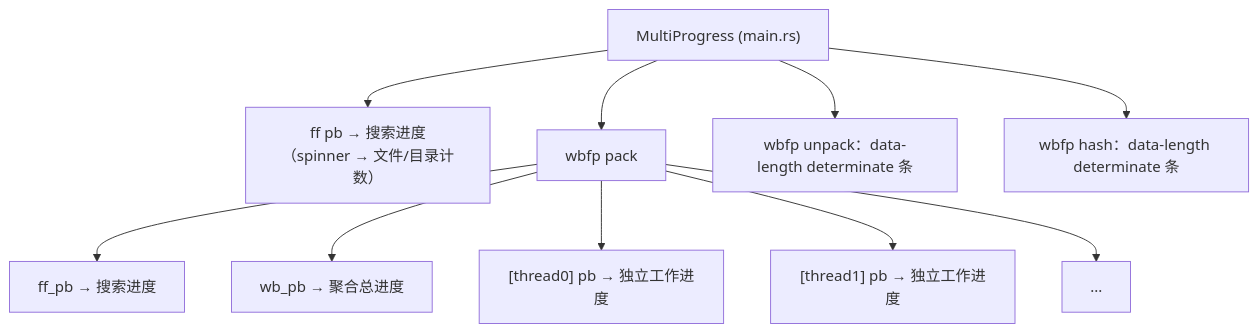
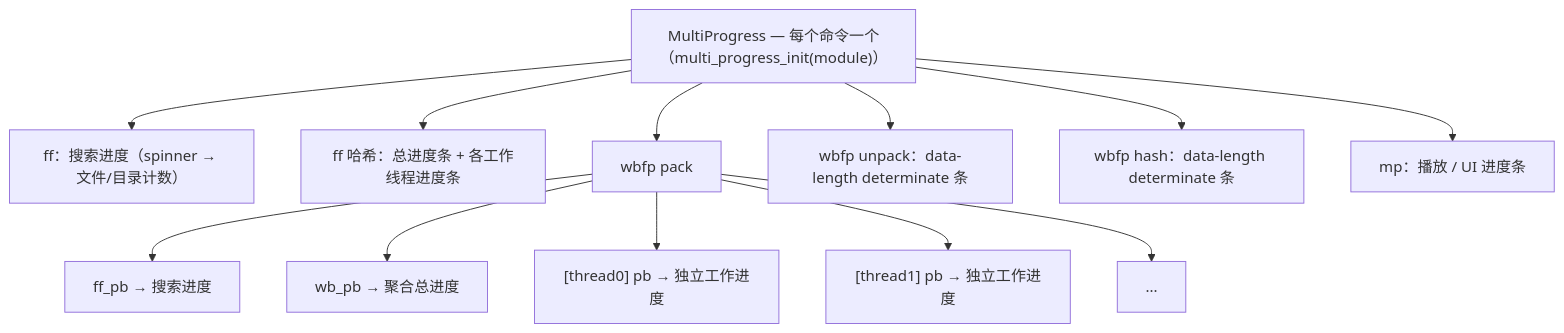
The eighth of 9 diagrams in docs/zh_CN/ARCHITECTURE.md (WaterBall20/water_ball_tool), drawn with Mermaid before and after one commit. The commit also changed other lines of this file and 27 other files, not shown here.

````diff
--- a/docs/zh_CN/ARCHITECTURE.md
+++ b/docs/zh_CN/ARCHITECTURE.md
@@ -737,12 +891,15 @@
 ```mermaid
 flowchart TD
-    MP["MultiProgress (main.rs)"] --> FF["ff pb → 搜索进度（spinner → 文件/目录计数）"]
+    MP["MultiProgress — 每个命令一个（multi_progress_init(module)）"]
+    MP --> FF["ff：搜索进度（spinner → 文件/目录计数）"]
+    MP --> FFH["ff 哈希：总进度条 + 各工作线程进度条"]
     MP --> PACK["wbfp pack"]
     PACK --> P1["ff_pb → 搜索进度"]
     PACK --> P2["wb_pb → 聚合总进度"]
     PACK --> P3["[thread0] pb → 独立工作进度"]
     PACK --> P4["[thread1] pb → 独立工作进度"]
     PACK --> P5["..."]
     MP --> U["wbfp unpack：data-length determinate 条"]
     MP --> H["wbfp hash：data-length determinate 条"]
+    MP --> MUSIC["mp：播放 / UI 进度条"]
 ```
````
